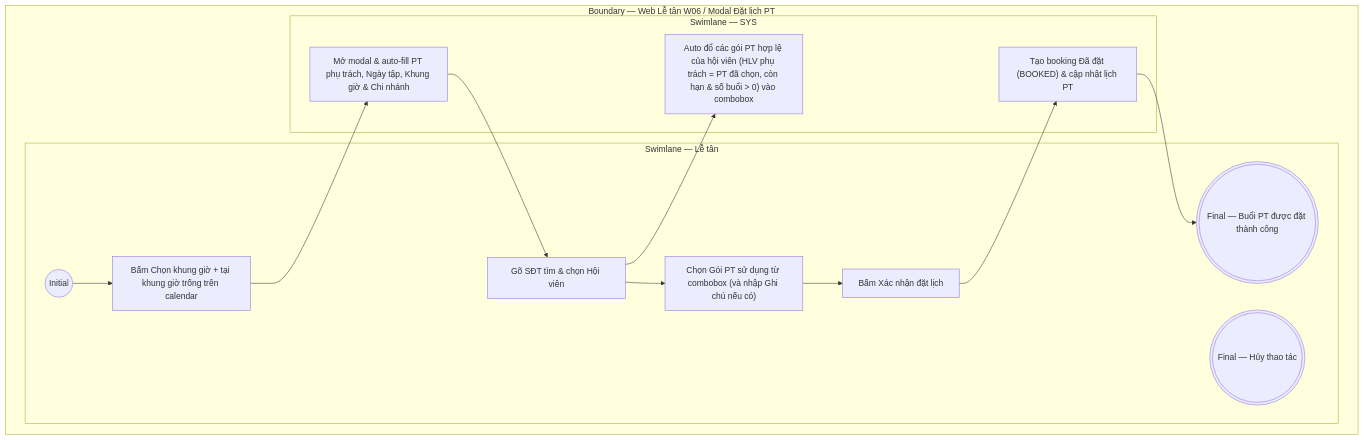
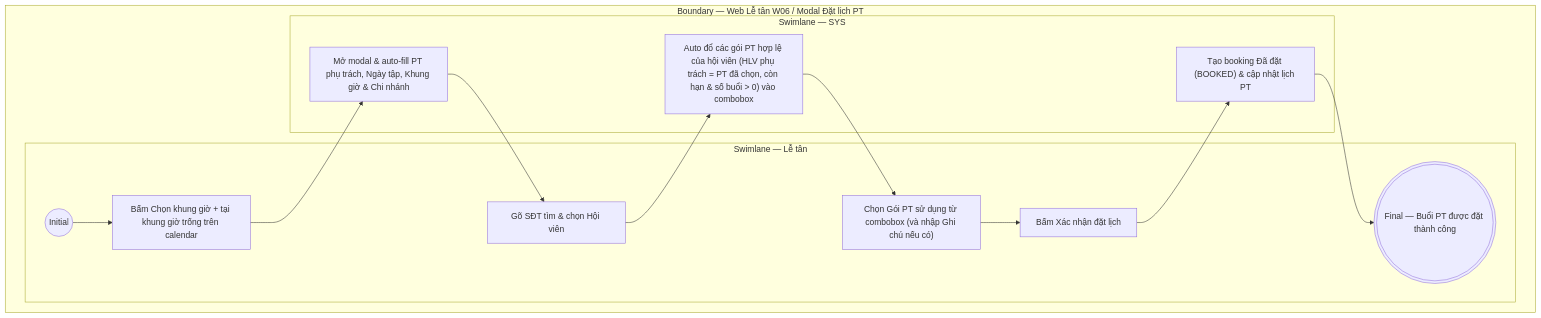
The diagram in docs/user-stories/le-tan/LT-W06-Lịch tập & buổi PT/LT-W06-US02-Đặt lịch PT.md (ThachY-23120411/Paradise-Gym-v2), drawn with Mermaid before and after one commit. The commit also changed 5 other files, not shown here.

````diff
--- a/docs/user-stories/le-tan/LT-W06-Lịch tập & buổi PT/LT-W06-US02-Đặt lịch PT.md
+++ b/docs/user-stories/le-tan/LT-W06-Lịch tập & buổi PT/LT-W06-US02-Đặt lịch PT.md
@@ -53,23 +53,23 @@
 ```mermaid
 flowchart TB
   subgraph B["Boundary — Web Lễ tân W06 / Modal Đặt lịch PT"]
     subgraph L0["Swimlane — Lễ tân"]
       I01(("Initial"))
       A01["Bấm Chọn khung giờ + tại khung giờ trống trên calendar"]
       A02["Gõ SĐT tìm & chọn Hội viên"]
       A03["Chọn Gói PT sử dụng từ combobox (và nhập Ghi chú nếu có)"]
       A04["Bấm Xác nhận đặt lịch"]
       F01((("Final — Buổi PT được đặt thành công")))
-      F02((("Final — Hủy thao tác")))
       I01 --> A01
-      A02 --> A03 --> A04
+      A03 --> A04
     end
     subgraph L1["Swimlane — SYS"]
       S01["Mở modal & auto-fill PT phụ trách, Ngày tập, Khung giờ & Chi nhánh"]
       S02["Auto đổ các gói PT hợp lệ của hội viên (HLV phụ trách = PT đã chọn, còn hạn & số buổi > 0) vào combobox"]
       S03["Tạo booking Đã đặt (BOOKED) & cập nhật lịch PT"]
-      A01 --> S01 --> A02 --> S02
+      A01 --> S01 --> A02
       A04 --> S03 --> F01
+      A02 --> S02 --> A03
     end
   end
 ```
````
